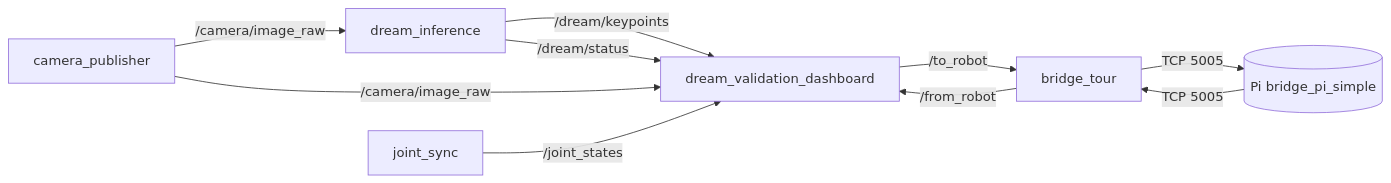
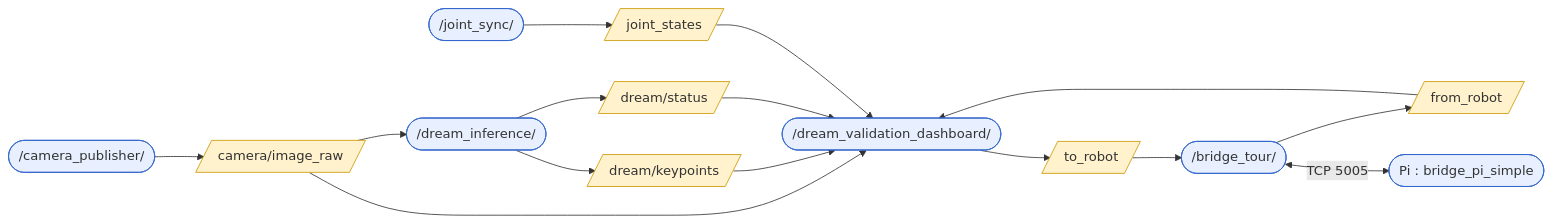
The diagram in docs/DREAM_VALIDATION_DASHBOARD.md (ABMI-software/mycobot_320pi_R6A), drawn with Mermaid before and after one commit. The commit also changed other lines of this file, not shown here.

First line of the commit message:
feat(dream): dashboard validation — modes manuel/auto + acquisition CSV + doc

````diff
--- a/docs/DREAM_VALIDATION_DASHBOARD.md
+++ b/docs/DREAM_VALIDATION_DASHBOARD.md
@@ -45,12 +105,27 @@
 ```mermaid
 flowchart LR
-    cam[camera_publisher] -->|/camera/image_raw| dream[dream_inference]
-    dream -->|/dream/keypoints| dash[dream_validation_dashboard]
-    dream -->|/dream/status| dash
-    cam -->|/camera/image_raw| dash
-    js[joint_sync] -->|/joint_states| dash
-    dash -->|/to_robot| bridge[bridge_tour]
-    bridge -->|TCP 5005| pi[(Pi bridge_pi_simple)]
-    pi -->|TCP 5005| bridge
-    bridge -->|/from_robot| dash
+    cam([/camera_publisher/]):::node
+    dream([/dream_inference/]):::node
+    js([/joint_sync/]):::node
+    bridge([/bridge_tour/]):::node
+    dash([/dream_validation_dashboard/]):::node
+
+    t_img[/camera/image_raw/]:::topic
+    t_kp[/dream/keypoints/]:::topic
+    t_st[/dream/status/]:::topic
+    t_js[/joint_states/]:::topic
+    t_to[/to_robot/]:::topic
+    t_from[/from_robot/]:::topic
+
+    cam --> t_img --> dream
+    t_img --> dash
+    dream --> t_kp --> dash
+    dream --> t_st --> dash
+    js --> t_js --> dash
+    dash --> t_to --> bridge
+    bridge --> t_from --> dash
+    bridge <-->|TCP 5005| pi([Pi : bridge_pi_simple]):::node
+
+    classDef node fill:#e8f0ff,stroke:#3366cc,rx:20,ry:20;
+    classDef topic fill:#fff2cc,stroke:#cc9900;
 ```
````
